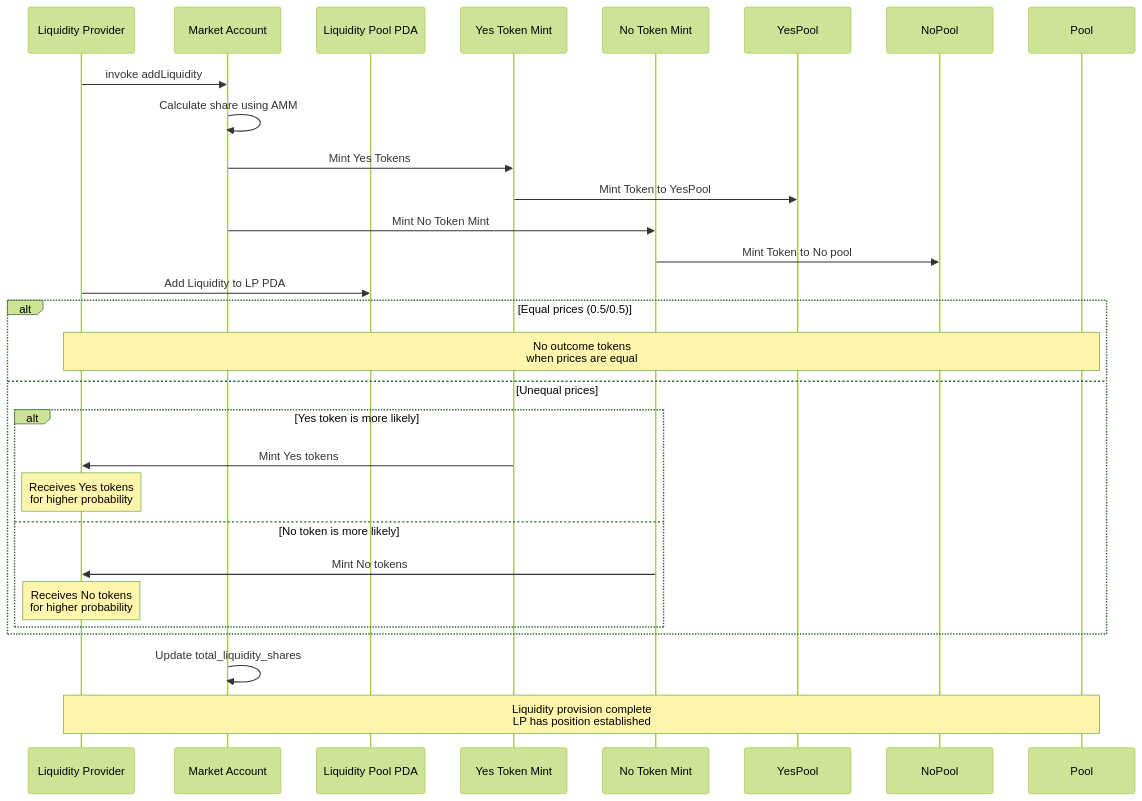
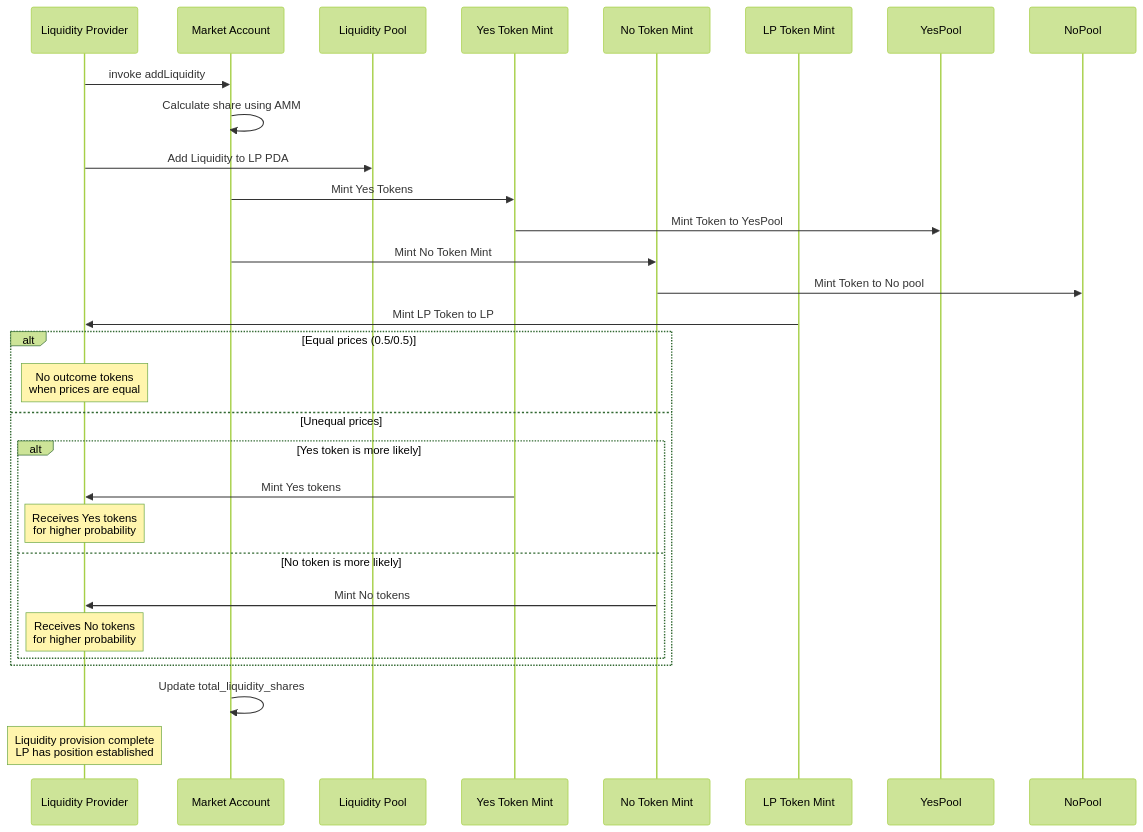
Before and after one commit to solana-turbin3/Q1_25_Builder_santy311: the third of 6 diagrams in capstone/architecture.md, drawn with Mermaid (forest theme). The commit also changed other lines of this file, not shown here.

Commit message:
modified added LP Tokens architecture.md

````diff
--- a/capstone/architecture.md
+++ b/capstone/architecture.md
@@ -122,35 +125,37 @@
 ```mermaid
 sequenceDiagram
     participant LP as Liquidity Provider
     participant Market as Market Account
-    participant LP_PDA as Liquidity Pool PDA
+    participant LP_PDA as Liquidity Pool
     participant YMint as Yes Token Mint
     participant NMint as No Token Mint
+    participant LPMint as LP Token Mint
 
     LP->>Market: invoke addLiquidity
 
     Market->>Market: Calculate share using AMM
+    LP->>LP_PDA: Add Liquidity to LP PDA
     Market ->> YMint: Mint Yes Tokens
     YMint ->> YesPool: Mint Token to YesPool
     Market->>NMint: Mint No Token Mint
     NMint ->> NoPool: Mint Token to No pool
+    LPMint ->> LP: Mint LP Token to LP
 
-    LP->>LP_PDA: Add Liquidity to LP PDA
 
     alt Equal prices (0.5/0.5)
-        Note over LP,Pool: No outcome tokens<br/>when prices are equal
+        Note over LP: No outcome tokens<br/>when prices are equal
     else Unequal prices
 
         alt Yes token is more likely
             YMint->>LP: Mint Yes tokens
             Note over LP: Receives Yes tokens<br/>for higher probability
         else No token is more likely
             NMint->>LP: Mint No tokens
             Note over LP: Receives No tokens<br/>for higher probability
         end
     end
 
     Market->>Market: Update total_liquidity_shares
 
-    Note over LP,Pool: Liquidity provision complete<br/>LP has position established
+    Note over LP: Liquidity provision complete<br/>LP has position established
 ```
````
